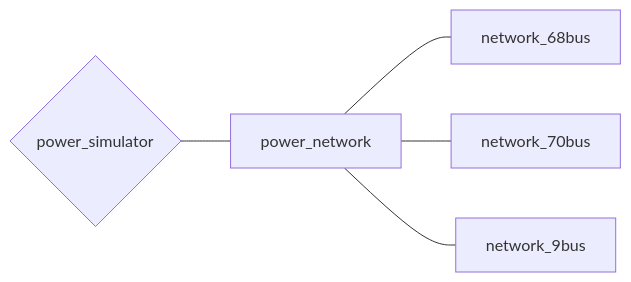
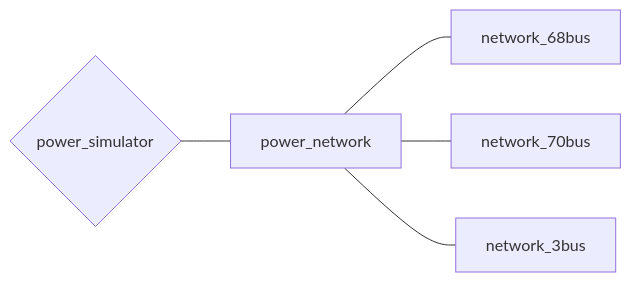
Before and after one commit to takahiro-kawaguchi/power_simulator_doc: the diagram in docs/Docs/power_network.md, drawn with Mermaid. The commit also changed other lines of this file and 3 other files, not shown here.

````diff
--- a/docs/Docs/power_network.md
+++ b/docs/Docs/power_network.md
@@ -10,15 +19,15 @@
 ```mermaid
 graph LR
 
 base{power_simulator}---power_network
 
 power_network---network_68bus
 power_network---network_70bus
-power_network---network_9bus
+power_network---network_3bus
 
 click base "https://www.google.com/"
 click power_network "https://www.google.com/"
 click network_68bus "https://www.google.com/"
 click network_70bus "https://www.google.com/"
-click network_9bus "https://www.google.com/"
+click network_3bus "https://www.google.com/"
 ```
````
